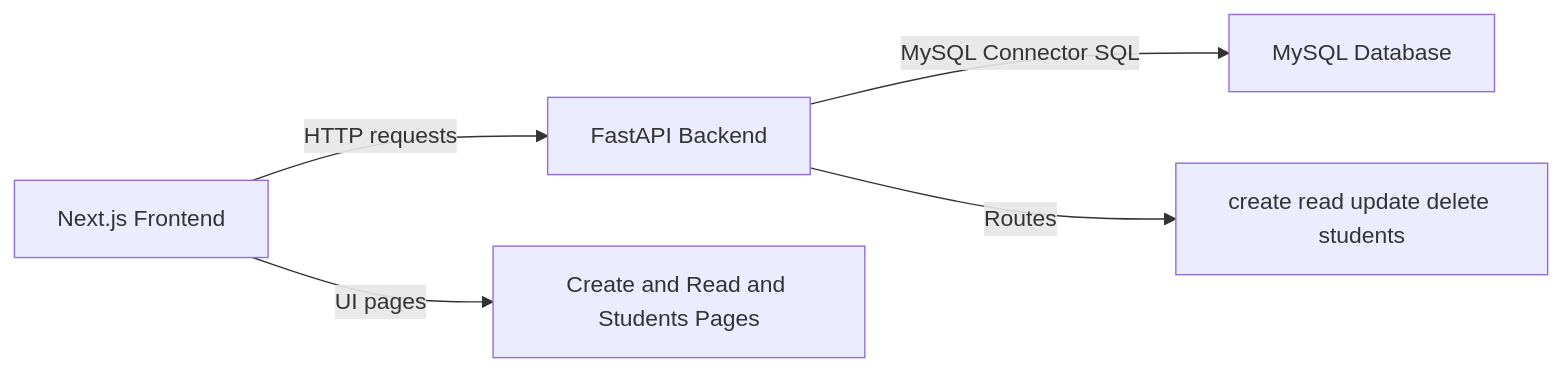
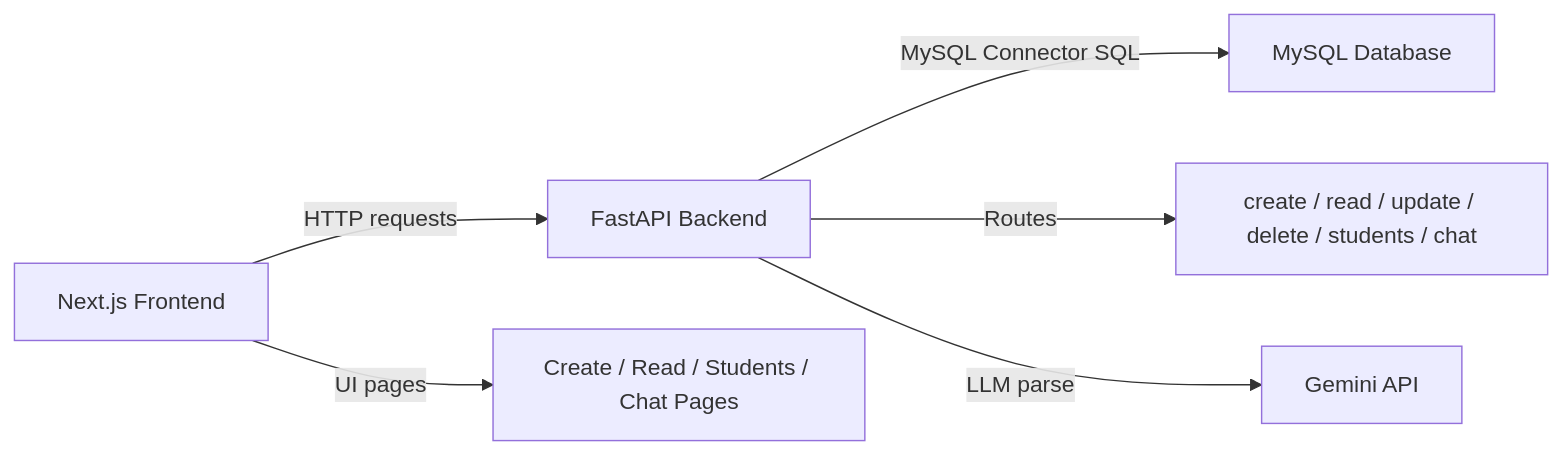
Before and after one commit to Laksh-Shetty/School_Management: the first of 5 diagrams in README.md, drawn with Mermaid. The commit also changed other lines of this file, not shown here.

First line of the commit message:
Add AI chat interface and update project overview

````diff
--- a/README.md
+++ b/README.md
@@ -37,7 +39,8 @@
 ```mermaid
 graph LR
   A[Next.js Frontend] -->|HTTP requests| B[FastAPI Backend]
   B -->|MySQL Connector SQL| C[MySQL Database]
-  A -->|UI pages| D[Create and Read and Students Pages]
-  B -->|Routes| E[create read update delete students]
+  A -->|UI pages| D[Create / Read / Students / Chat Pages]
+  B -->|Routes| E[create / read / update / delete / students / chat]
+  B -->|LLM parse| F[Gemini API]
 ```
````
